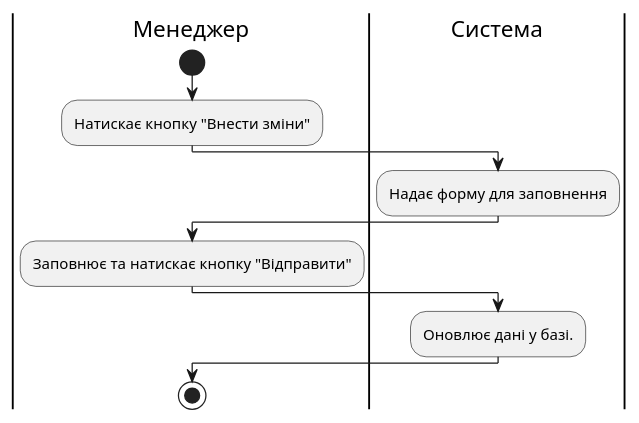
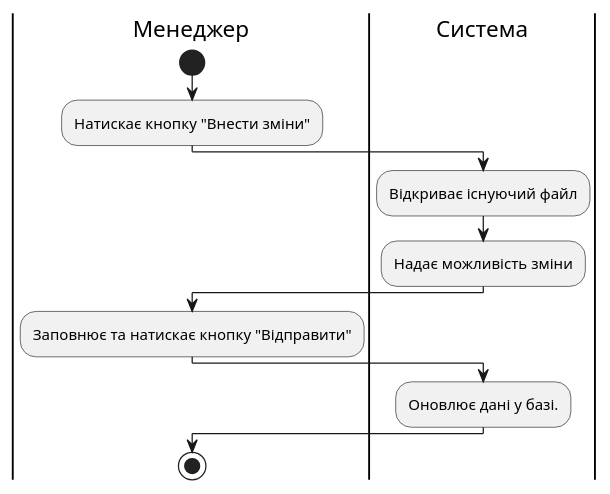
The diagram in src/uml/UC52.puml (anrikolo/obd), drawn with PlantUML before and after one commit.

```diff
--- a/src/uml/UC52.puml
+++ b/src/uml/UC52.puml
@@ -1,13 +1,14 @@
 @startuml
     |Менеджер|
     start
     :Натискає кнопку "Внести зміни";
     |Система|
-    :Надає форму для заповнення;
+    :Відкриває існуючий файл;
+    :Надає можливість зміни;
     |Менеджер|
     :Заповнює та натискає кнопку "Відправити";
     |Система|
     :Оновлює дані у базі.;
         |Менеджер|
     stop;
 @enduml
```
